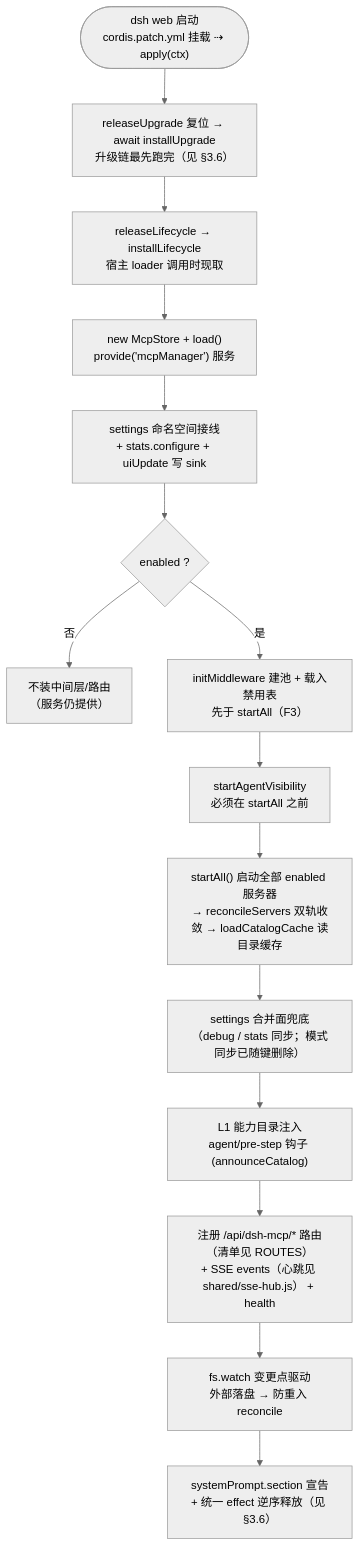
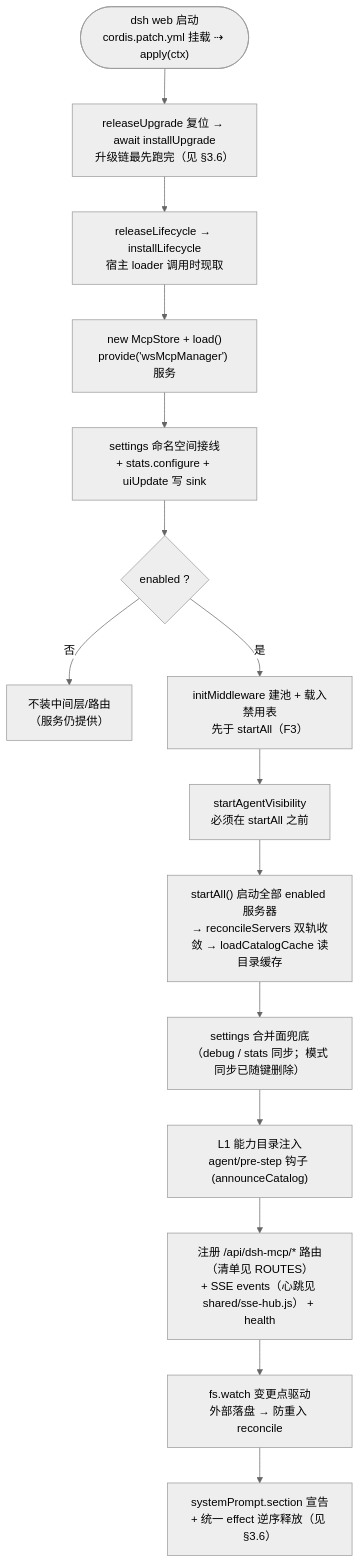
The second of 5 diagrams in docs/architecture/dsh-mcp-manager.md (wingsky-1/dsh-plugin-hub), drawn with Mermaid (neutral theme) before and after one commit. The commit also changed other lines of this file and 88 other files, not shown here.

````diff
--- a/docs/architecture/dsh-mcp-manager.md
+++ b/docs/architecture/dsh-mcp-manager.md
@@ -99,17 +99,17 @@
 ```mermaid
 flowchart TD
     S(["dsh web 启动<br/>cordis.patch.yml 挂载 ⇢ apply(ctx)"]) --> U["releaseUpgrade 复位 → await installUpgrade<br/>升级链最先跑完（见 §3.6）"]
     U --> L["releaseLifecycle → installLifecycle<br/>宿主 loader 调用时现取"]
-    L --> ST["new McpStore + load()<br/>provide('mcpManager') 服务"]
+    L --> ST["new McpStore + load()<br/>provide('wsMcpManager') 服务"]
     ST --> C["settings 命名空间接线<br/>+ stats.configure + uiUpdate 写 sink"]
     C --> E{"enabled ?"}
     E -->|"否"| Z["不装中间层/路由<br/>（服务仍提供）"]
     E -->|"是"| D["initMiddleware 建池 + 载入禁用表<br/>先于 startAll（F3）"]
     D --> V["startAgentVisibility<br/>必须在 startAll 之前"]
     V --> H["startAll() 启动全部 enabled 服务器<br/>→ reconcileServers 双轨收敛 → loadCatalogCache 读目录缓存"]
     H --> I["settings 合并面兜底<br/>（debug / stats 同步；模式同步已随键删除）"]
     I --> J["L1 能力目录注入<br/>agent/pre-step 钩子 (announceCatalog)"]
     J --> K["注册 /api/dsh-mcp/* 路由（清单见 ROUTES）<br/>+ SSE events（心跳见 shared/sse-hub.js） + health"]
     K --> W["fs.watch 变更点驱动<br/>外部落盘 → 防重入 reconcile"]
     W --> M["systemPrompt.section 宣告<br/>+ 统一 effect 逆序释放（见 §3.6）"]
 ```
````
